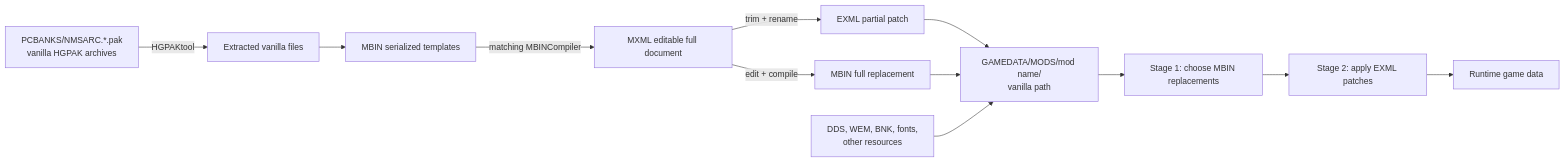
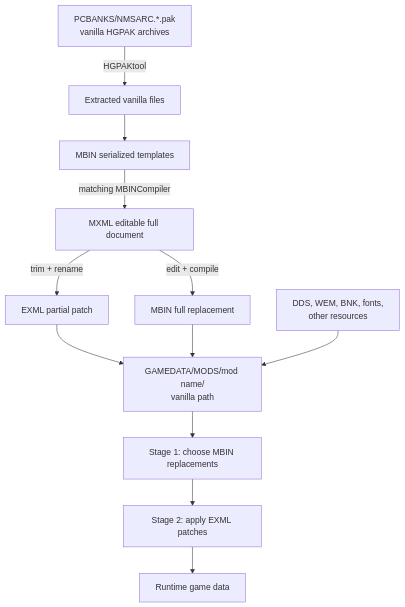
One commit to scottdraper8/squinchmods changed the diagram in .agent-docs/games/no-mans-sky/README.md. Above: the diagram before and after it, drawn with Mermaid. The commit also changed 1 other file, not shown here.

Commit message:
Refresh No Man's Sky investigation notes

````diff
--- a/.agent-docs/games/no-mans-sky/README.md
+++ b/.agent-docs/games/no-mans-sky/README.md
@@ -51,14 +51,14 @@
 ```mermaid
-flowchart LR
+flowchart TD
     A[PCBANKS/NMSARC.*.pak<br>vanilla HGPAK archives] -->|HGPAKtool| B[Extracted vanilla files]
     B --> C[MBIN serialized templates]
     C -->|matching MBINCompiler| D[MXML editable full document]
     D -->|trim + rename| E[EXML partial patch]
     D -->|edit + compile| F[MBIN full replacement]
     E --> G[GAMEDATA/MODS/mod name/<br>vanilla path]
     F --> G
     H[DDS, WEM, BNK, fonts,<br>other resources] --> G
     G --> I[Stage 1: choose MBIN replacements]
     I --> J[Stage 2: apply EXML patches]
     J --> K[Runtime game data]
 ```
````
